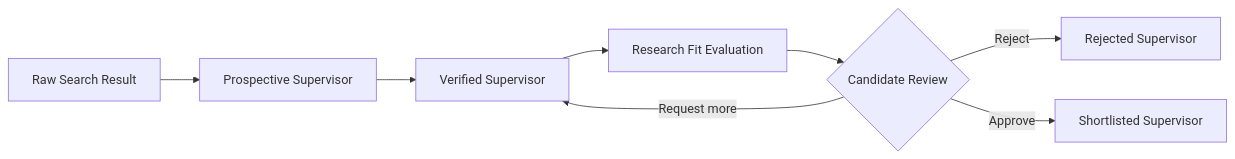
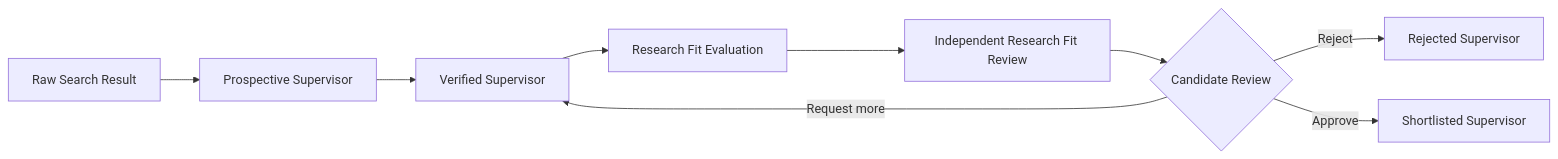
The diagram in projects/scholar-path/docs/terminology.md (shanly-rajan/ai-builder), drawn with Mermaid before and after one commit. The commit also changed other lines of this file and 37 other files, not shown here.

Commit message:
feat: add Nebius independent Research Fit review

````diff
--- a/projects/scholar-path/docs/terminology.md
+++ b/projects/scholar-path/docs/terminology.md
@@ -25,10 +25,11 @@
 ```mermaid
 flowchart LR
     A[Raw Search Result] --> B[Prospective Supervisor]
     B --> C[Verified Supervisor]
     C --> D[Research Fit Evaluation]
-    D --> E{Candidate Review}
+    D --> R[Independent Research Fit Review]
+    R --> E{Candidate Review}
     E -->|Reject| F[Rejected Supervisor]
     E -->|Approve| G[Shortlisted Supervisor]
     E -->|Request more| C
 ```
````
